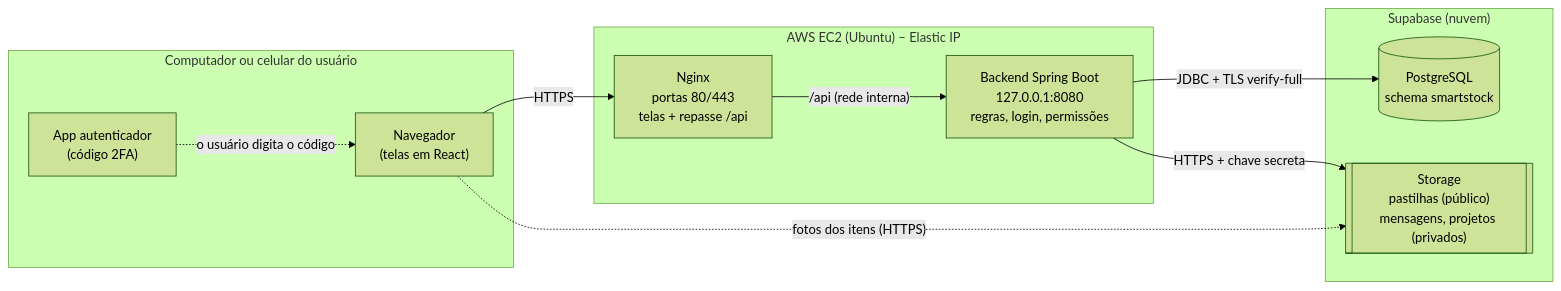
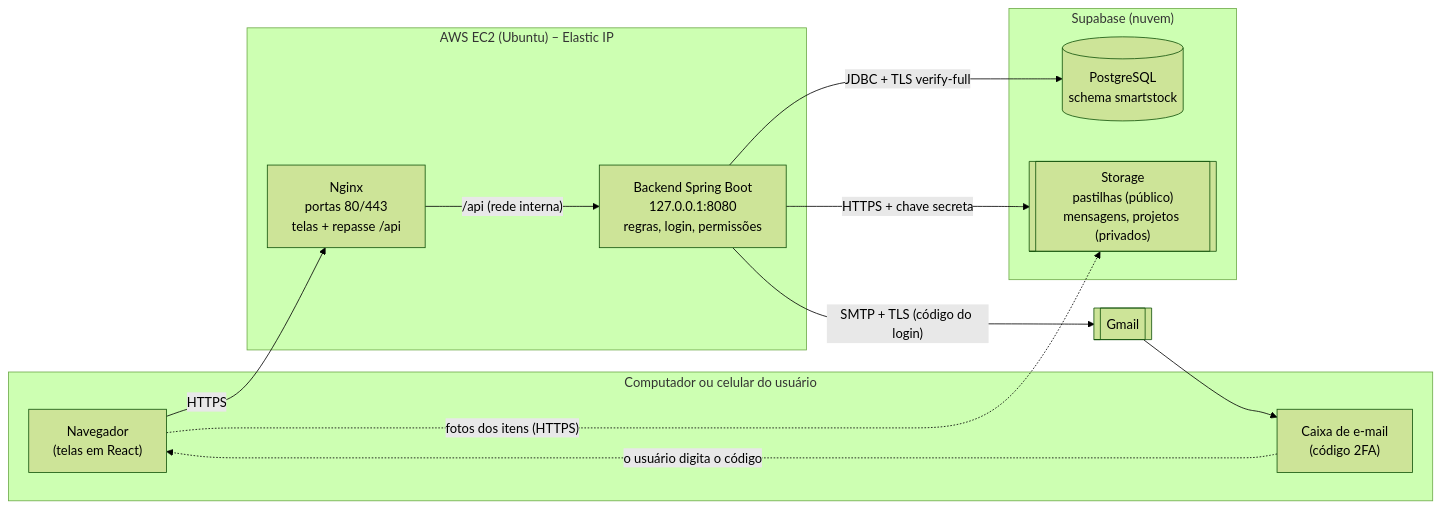
Before and after one commit to Roj10/SmartStock: the first of 6 diagrams in docs/diagramas.md, drawn with Mermaid (forest theme). The commit also changed other lines of this file and 26 other files, not shown here.

First line of the commit message:
2FA por e-mail no lugar do app autenticador

````diff
--- a/docs/diagramas.md
+++ b/docs/diagramas.md
@@ -7,24 +7,25 @@
 ```mermaid
 flowchart LR
     subgraph Usuario["Computador ou celular do usuário"]
         nav["Navegador<br/>(telas em React)"]
-        cel["App autenticador<br/>(código 2FA)"]
+        cel["Caixa de e-mail<br/>(código 2FA)"]
     end
 
     subgraph AWS["AWS EC2 (Ubuntu) – Elastic IP"]
         nginx["Nginx<br/>portas 80/443<br/>telas + repasse /api"]
         api["Backend Spring Boot<br/>127.0.0.1:8080<br/>regras, login, permissões"]
     end
 
     subgraph Supabase["Supabase (nuvem)"]
         db[("PostgreSQL<br/>schema smartstock")]
         st[["Storage<br/>pastilhas (público)<br/>mensagens, projetos (privados)"]]
     end
 
     nav -- "HTTPS" --> nginx
     nginx -- "/api (rede interna)" --> api
     api -- "JDBC + TLS verify-full" --> db
     api -- "HTTPS + chave secreta" --> st
     nav -. "fotos dos itens (HTTPS)" .-> st
     cel -. "o usuário digita o código" .-> nav
+    api -- "SMTP + TLS (código do login)" --> gm[["Gmail"]] --> cel
 ```
````
